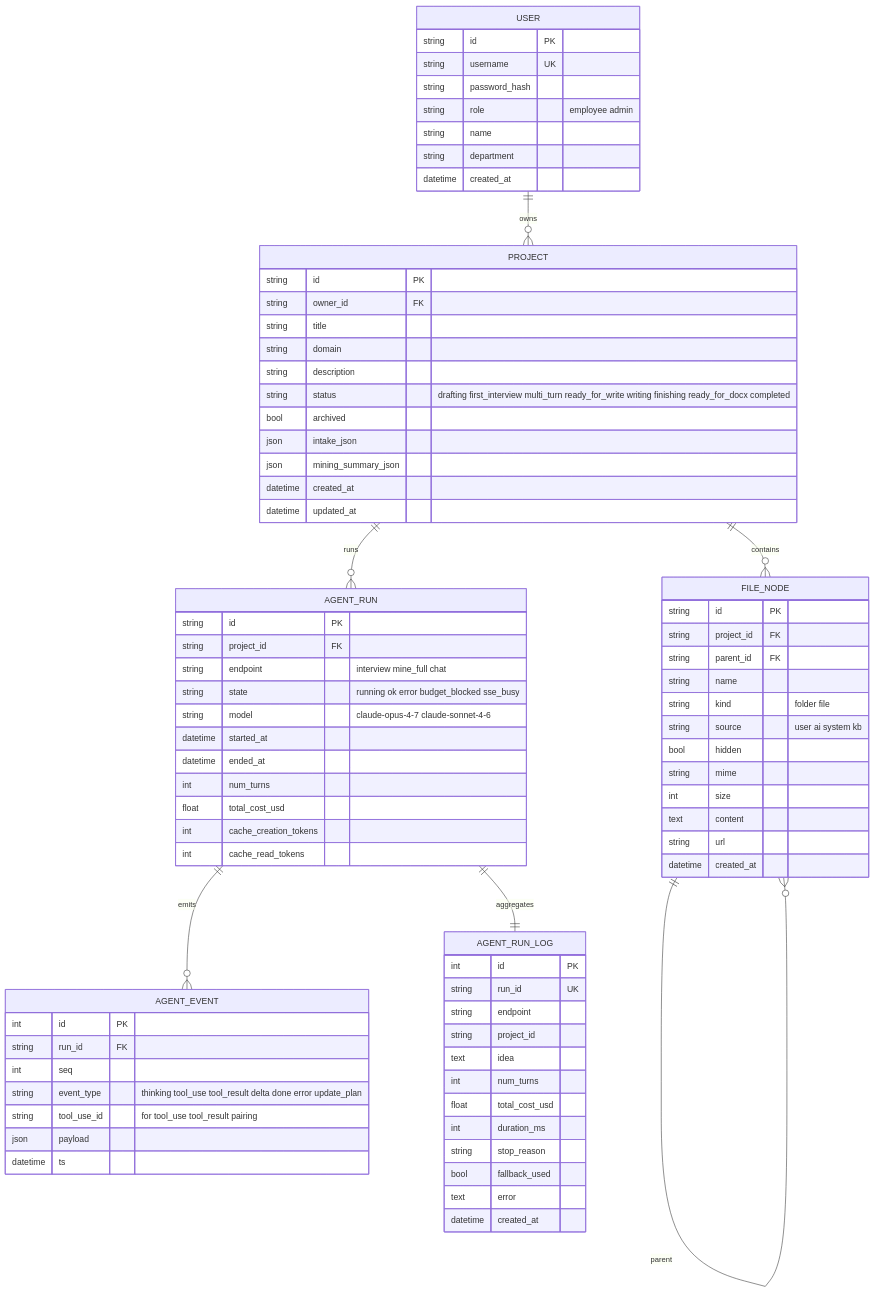
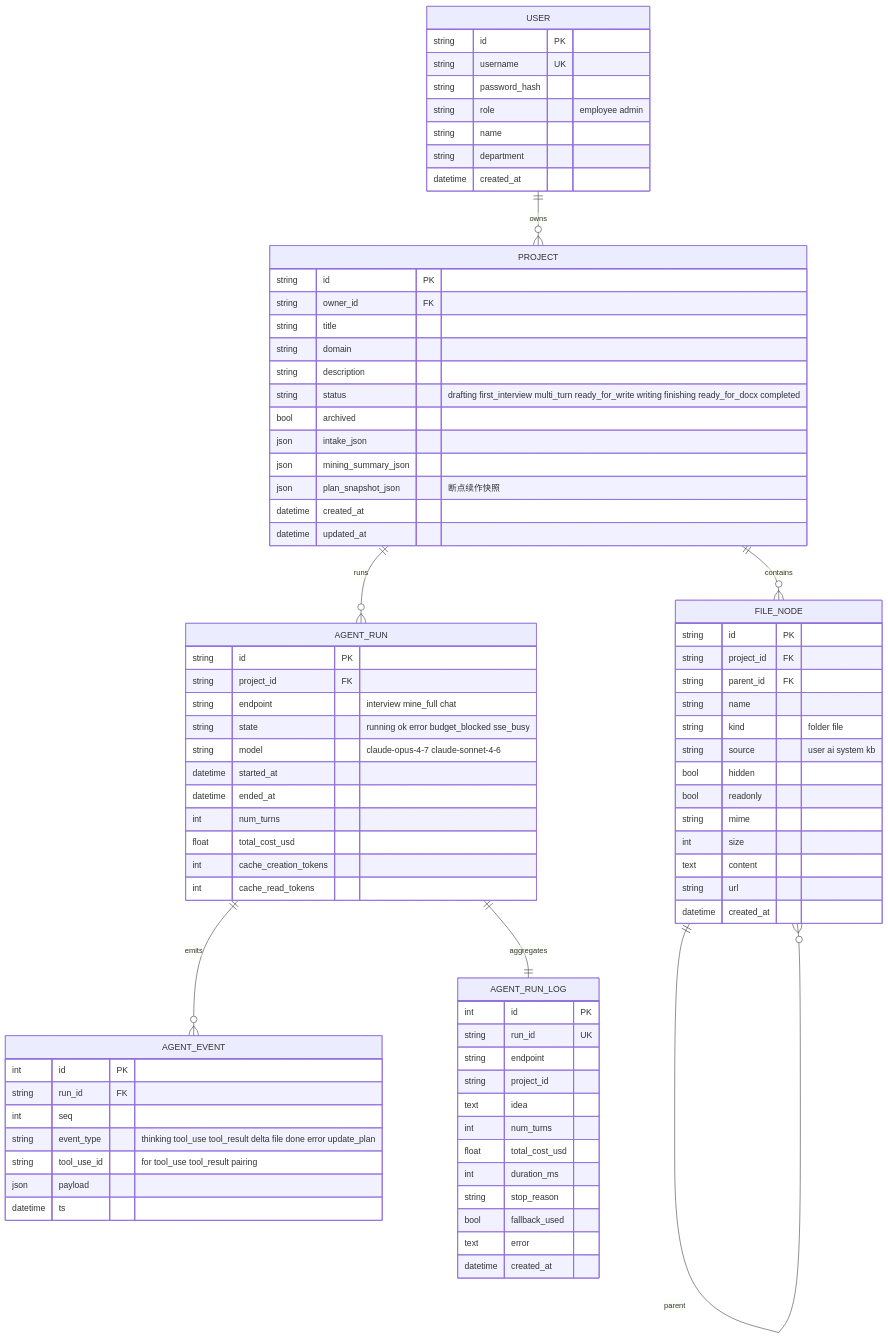
One commit to ChuangLee/PatentlyPatent changed the fourth of 13 diagrams in docs/hld.md. Above: the diagram before and after it, drawn with Mermaid. The commit also changed other lines of this file and 2 other files, not shown here.

```diff
--- a/docs/hld.md
+++ b/docs/hld.md
@@ -238,6 +238,7 @@
         bool archived
         json intake_json
         json mining_summary_json
+        json plan_snapshot_json "断点续作快照"
         datetime created_at
         datetime updated_at
     }
@@ -250,6 +251,7 @@
         string kind "folder file"
         string source "user ai system kb"
         bool hidden
+        bool readonly
         string mime
         int size
         text content
@@ -275,11 +277,13 @@
         int id PK
         string run_id FK
         int seq
-        string event_type "thinking tool_use tool_result delta done error update_plan"
+        string event_type "thinking tool_use tool_result delta file done error update_plan"
         string tool_use_id "for tool_use tool_result pairing"
         json payload
         datetime ts
     }
+    %% AGENT_EVENT 仅作为 run 运行中的 SSE live-tail 索引；run 终态后行被 dump 到
+    %% .ai-internal/_runs/{run_id}.jsonl FileNode 然后 DELETE，jsonl 是唯一持久档案
 
     AGENT_RUN_LOG {
         int id PK
```
